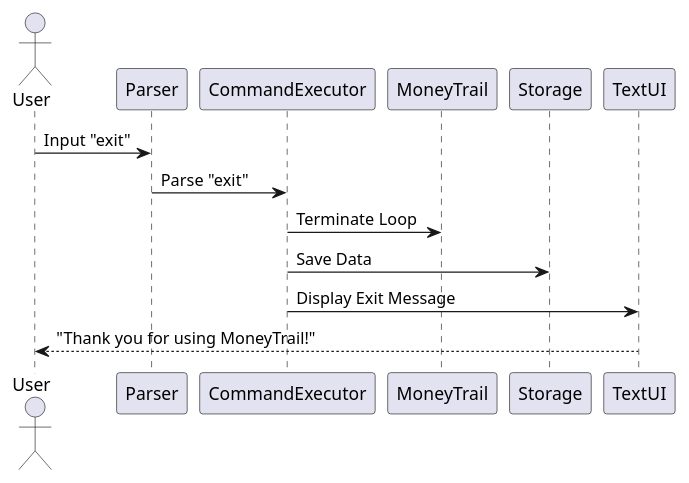
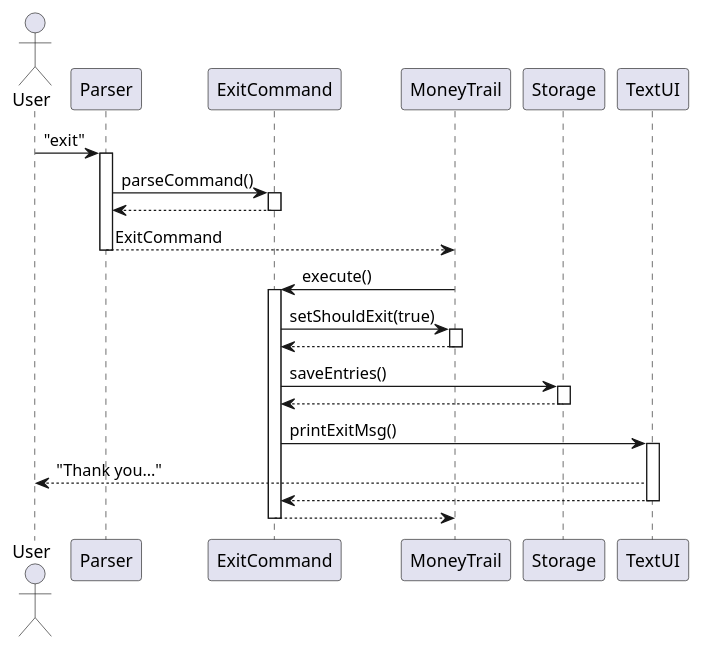
One commit to EdwinTun98/tp changed the diagram in docs/diagrams/Exit_Seq.puml. Above: the diagram before and after it, drawn with PlantUML. The commit also changed 2 other files, not shown here.

Commit message:
Added exit feature in DG

```diff
--- a/docs/diagrams/Exit_Seq.puml
+++ b/docs/diagrams/Exit_Seq.puml
@@ -1,9 +1,37 @@
-@startuml
+@startuml Exit_Sequence
 actor User
-User -> Parser : Input "exit"
-Parser -> CommandExecutor : Parse "exit"
-CommandExecutor -> MoneyTrail : Terminate Loop
-CommandExecutor -> Storage : Save Data
-CommandExecutor -> TextUI : Display Exit Message
-User <-- TextUI : "Thank you for using MoneyTrail!"
+participant Parser
+participant ExitCommand
+participant MoneyTrail
+participant Storage
+participant TextUI
+
+User -> Parser : "exit"
+activate Parser
+Parser -> ExitCommand : parseCommand()
+activate ExitCommand
+ExitCommand --> Parser
+deactivate ExitCommand
+Parser --> MoneyTrail : ExitCommand
+deactivate Parser
+
+MoneyTrail -> ExitCommand : execute()
+activate ExitCommand
+ExitCommand -> MoneyTrail : setShouldExit(true)
+activate MoneyTrail
+MoneyTrail --> ExitCommand
+deactivate MoneyTrail
+
+ExitCommand -> Storage : saveEntries()
+activate Storage
+Storage --> ExitCommand
+deactivate Storage
+
+ExitCommand -> TextUI : printExitMsg()
+activate TextUI
+TextUI --> User : "Thank you..."
+TextUI --> ExitCommand
+deactivate TextUI
+ExitCommand --> MoneyTrail
+deactivate ExitCommand
 @enduml
```
